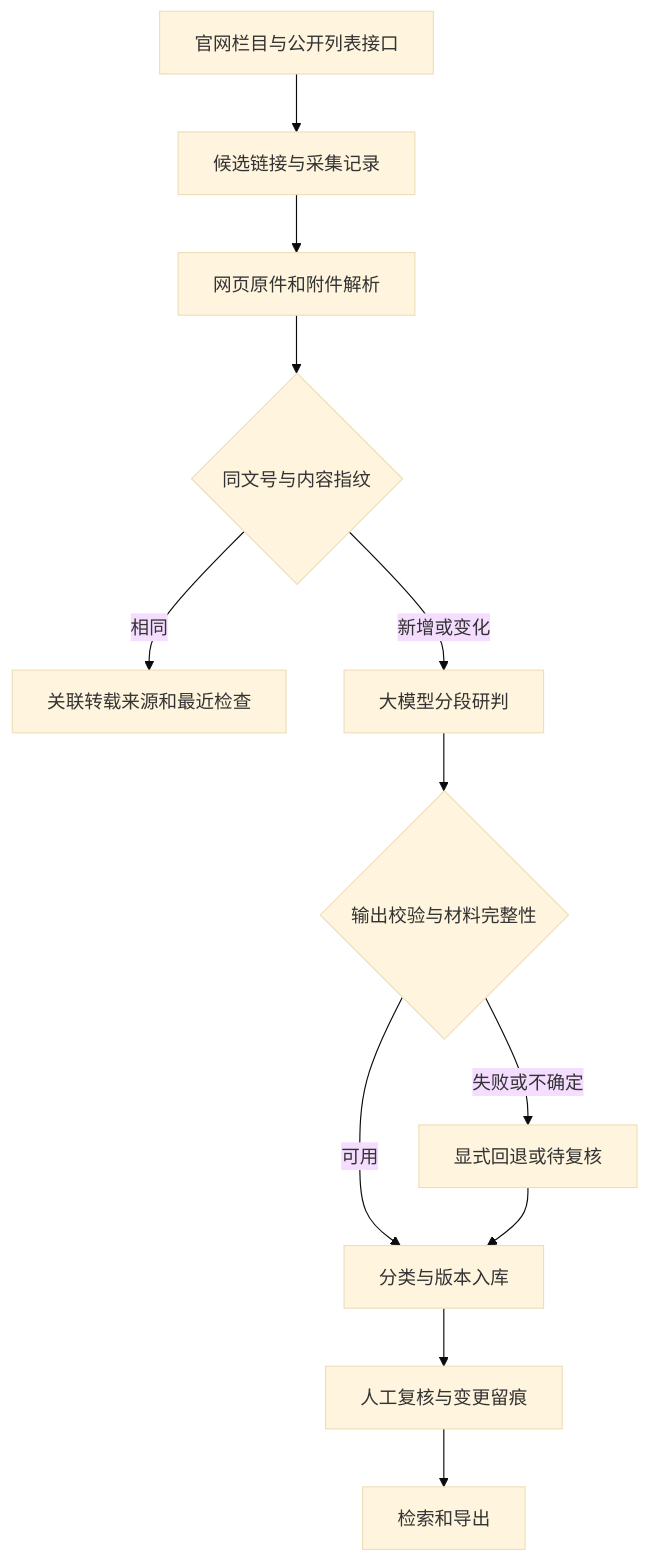
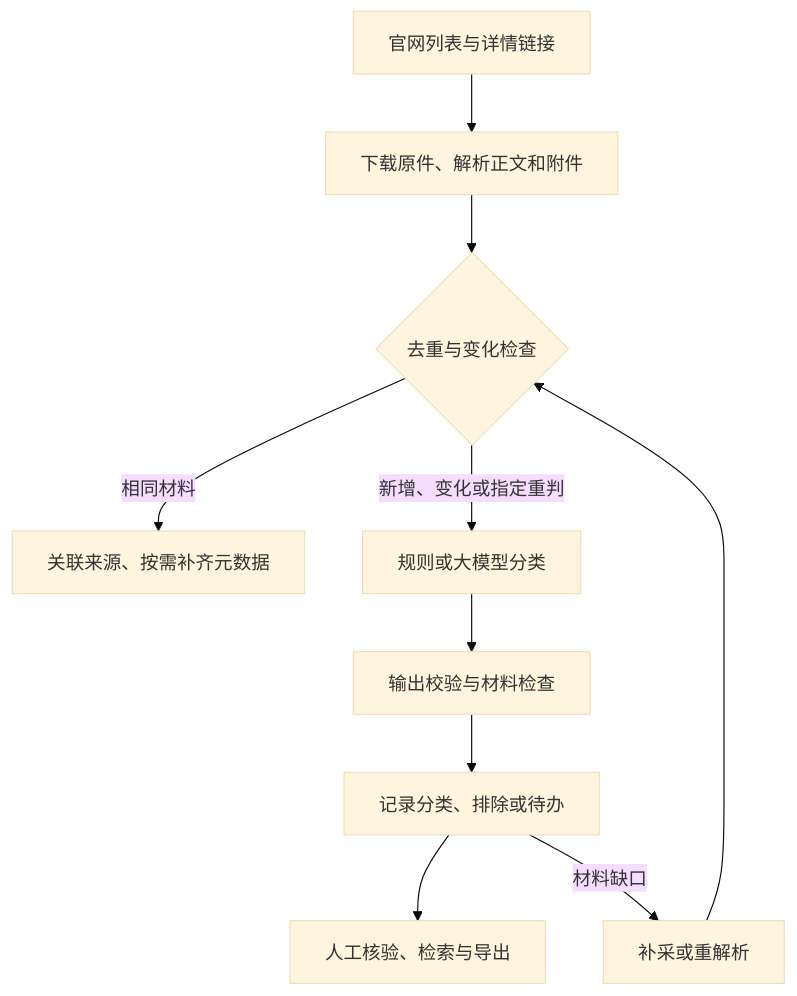
The diagram in README.md (deyye/policy-collector), drawn with Mermaid (base theme) before and after one commit. The commit also changed other lines of this file, not shown here.

````diff
--- a/README.md
+++ b/README.md
@@ -141,14 +54,12 @@
 ```mermaid
 flowchart TD
-  A[官网栏目与公开列表接口] --> B[候选链接与采集记录]
-  B --> C[网页原件和附件解析]
-  C --> D{同文号与内容指纹}
-  D -->|相同| E[关联转载来源和最近检查]
-  D -->|新增或变化| F[大模型分段研判]
-  F --> G{输出校验与材料完整性}
-  G -->|可用| H[分类与版本入库]
-  G -->|失败或不确定| I[显式回退或待复核]
-  I --> H
-  H --> J[人工复核与变更留痕]
-  J --> K[检索和导出]
+  A["官网列表与详情链接"] --> B["下载原件、解析正文和附件"]
+  B --> C{"去重与变化检查"}
+  C -->|"相同材料"| D["关联来源、按需补齐元数据"]
+  C -->|"新增、变化或指定重判"| E["规则或大模型分类"]
+  E --> F["输出校验与材料检查"]
+  F --> G["记录分类、排除或待办"]
+  G --> H["人工核验、检索与导出"]
+  G -->|"材料缺口"| I["补采或重解析"]
+  I --> C
 ```
````
